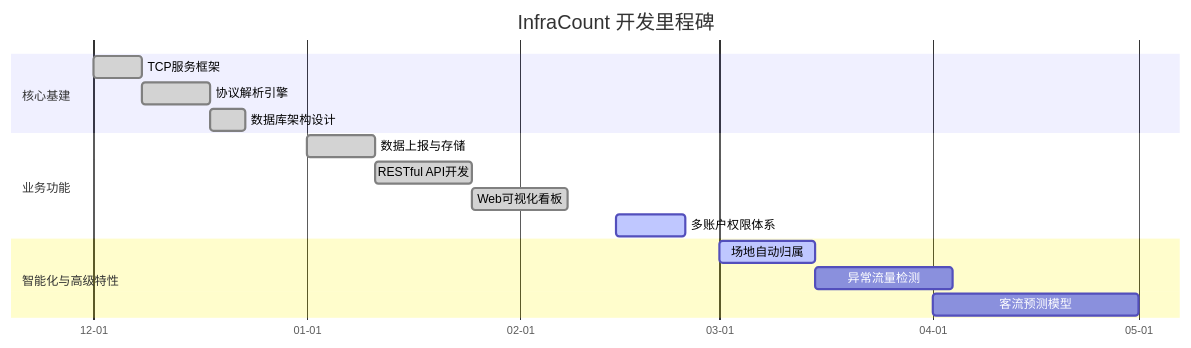
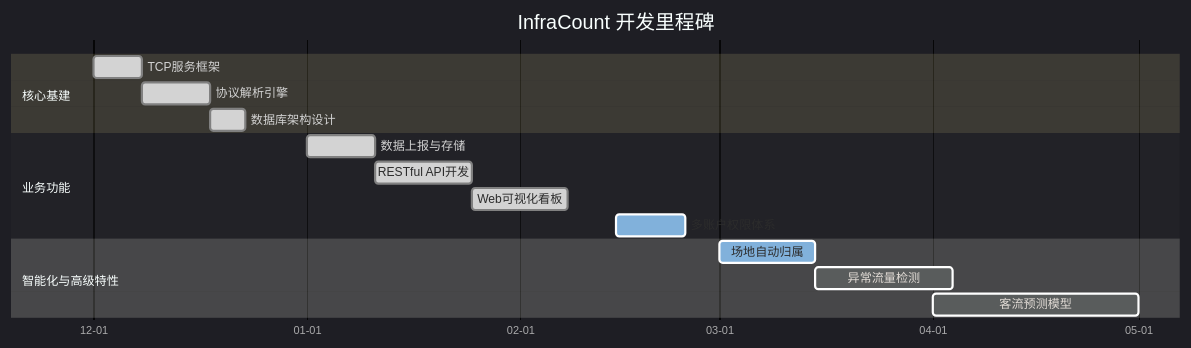
One commit to HF-CYGG/InfraCount changed the first of 3 diagrams in README.md. Above: the diagram before and after it, drawn with Mermaid. The commit also changed other lines of this file, not shown here.

First line of the commit message:
docs: 更新README中的图表为暗色主题并增强可读性

````diff
--- a/README.md
+++ b/README.md
@@ -82,22 +82,23 @@
 ```mermaid
+%%{init: {'theme': 'dark', 'themeVariables': { 'darkMode': true }}}%%
 gantt
     title InfraCount 开发里程碑
     dateFormat  YYYY-MM-DD
     axisFormat  %m-%d
 
     section 核心基建
     TCP服务框架       :done,    core1, 2023-12-01, 7d
     协议解析引擎       :done,    core2, after core1, 10d
     数据库架构设计     :done,    core3, after core2, 5d
 
     section 业务功能
     数据上报与存储     :done,    biz1,  2024-01-01, 10d
     RESTful API开发   :done,    biz2,  after biz1, 14d
     Web可视化看板      :done,    biz3,  after biz2, 14d
     多账户权限体系     :active,  biz4,  2024-02-15, 10d
 
     section 智能化与高级特性
     场地自动归属       :active,  ai1,   2024-03-01, 14d
     异常流量检测       :         ai2,   after ai1, 20d
     客流预测模型       :         ai3,   2024-04-01, 30d
 ```
````
